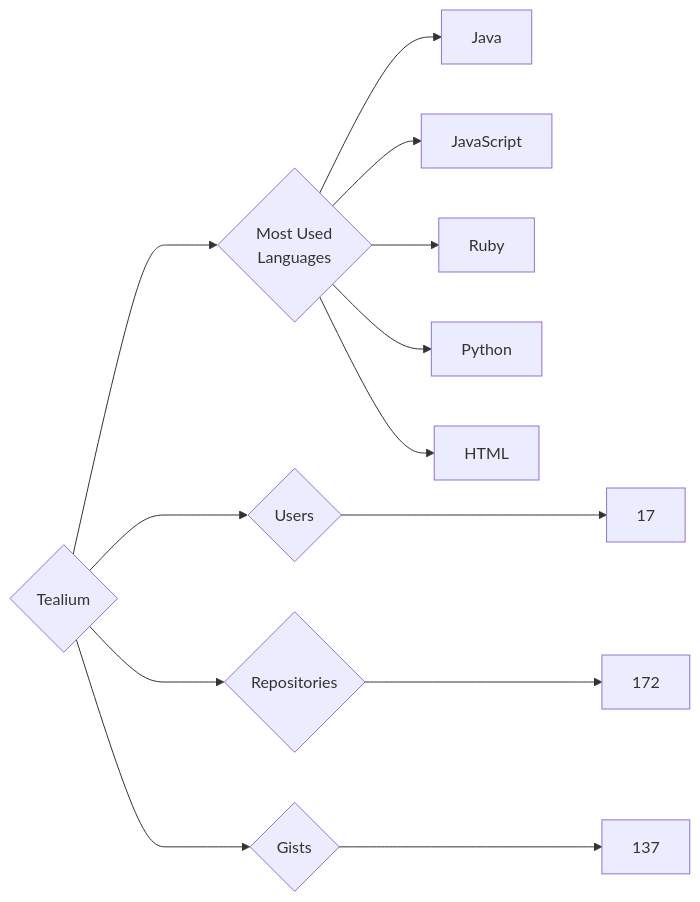
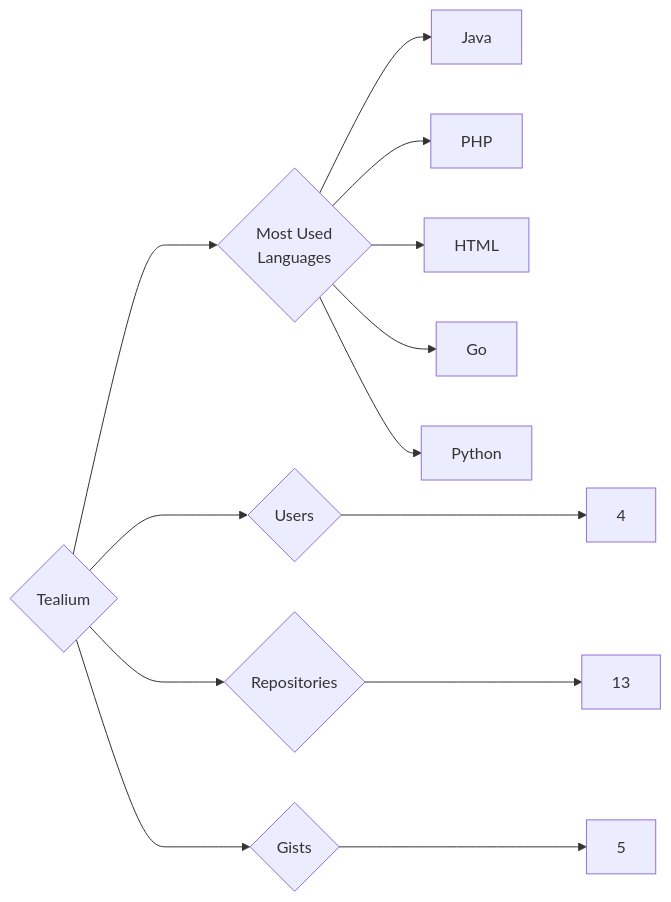
One commit to trickest/insiders changed the diagram in targets/Tealium/README.md. Above: the diagram before and after it, drawn with Mermaid. The commit also changed 953 other files, not shown here.

````diff
--- a/targets/Tealium/README.md
+++ b/targets/Tealium/README.md
@@ -3,13 +3,13 @@
 ```mermaid
 graph LR
 COMPANY_NAME{Tealium}
-COMPANY_NAME ---> U{Users} ---> UN[17]
-COMPANY_NAME ---> R{Repositories} ---> RN[172]
-COMPANY_NAME ---> G{Gists} ---> GN[137]
+COMPANY_NAME ---> U{Users} ---> UN[4]
+COMPANY_NAME ---> R{Repositories} ---> RN[13]
+COMPANY_NAME ---> G{Gists} ---> GN[5]
 COMPANY_NAME ---> ML{Most Used<br>Languages}
 ML --> Java[Java]
-ML --> JavaScript[JavaScript]
-ML --> Ruby[Ruby]
+ML --> PHP[PHP]
+ML --> HTML[HTML]
+ML --> Go[Go]
 ML --> Python[Python]
-ML --> HTML[HTML]
 ```
````
